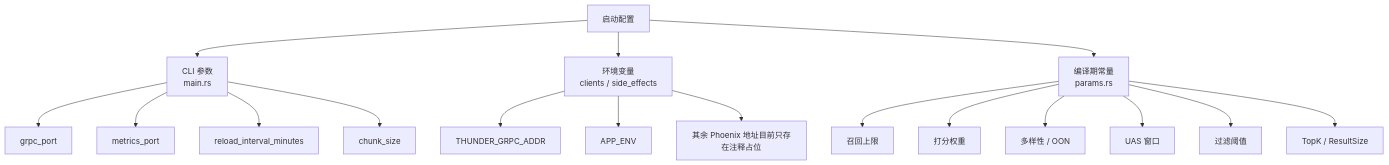
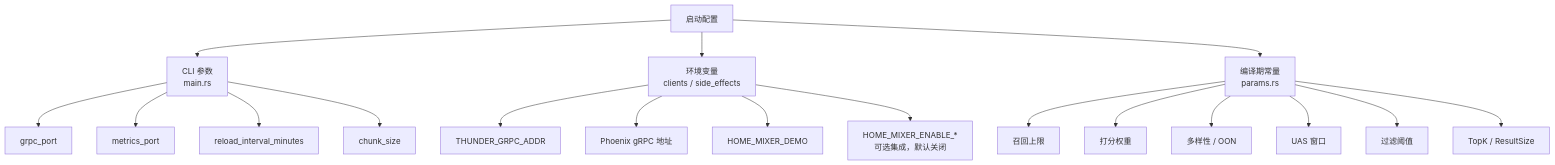
Before and after one commit to freefcw/x-algorithm: the first of 3 diagrams in docs/home-mixer/07-config-and-params.md, drawn with Mermaid. The commit also changed other lines of this file and 24 other files, not shown here.

````diff
--- a/docs/home-mixer/07-config-and-params.md
+++ b/docs/home-mixer/07-config-and-params.md
@@ -17,22 +17,23 @@
 ```mermaid
 flowchart TD
     A["启动配置"] --> B["CLI 参数<br/>main.rs"]
     A --> C["环境变量<br/>clients / side_effects"]
     A --> D["编译期常量<br/>params.rs"]
 
     B --> B1["grpc_port"]
     B --> B2["metrics_port"]
     B --> B3["reload_interval_minutes"]
     B --> B4["chunk_size"]
 
     C --> C1["THUNDER_GRPC_ADDR"]
-    C --> C2["APP_ENV"]
-    C --> C3["其余 Phoenix 地址目前只存在注释占位"]
+    C --> C2["Phoenix gRPC 地址"]
+    C --> C3["HOME_MIXER_DEMO"]
+    C --> C4["HOME_MIXER_ENABLE_*<br/>可选集成，默认关闭"]
 
     D --> D1["召回上限"]
     D --> D2["打分权重"]
     D --> D3["多样性 / OON"]
     D --> D4["UAS 窗口"]
     D --> D5["过滤阈值"]
     D --> D6["TopK / ResultSize"]
 ```
````
